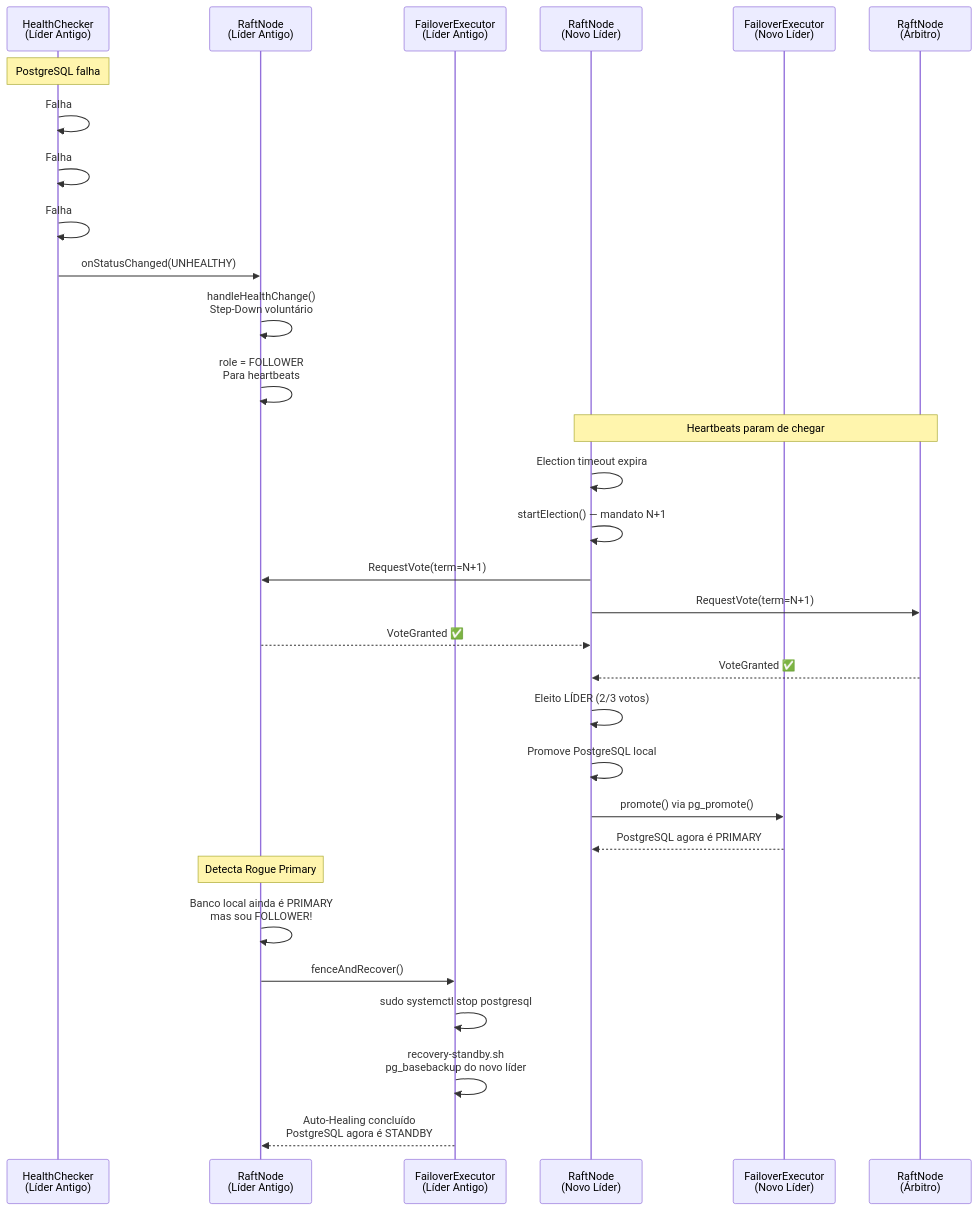
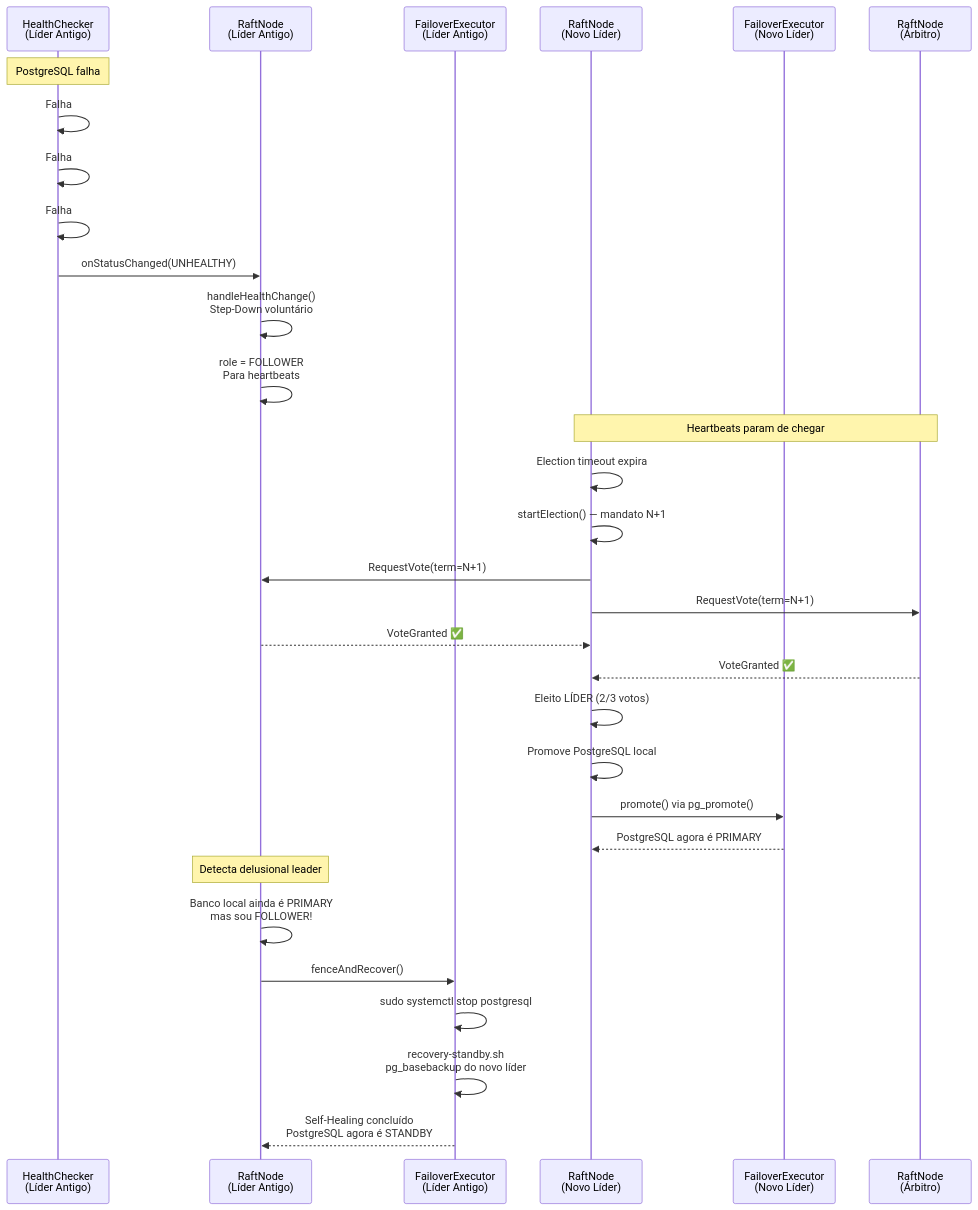
Before and after one commit to zero123gui/tcc: the second of 4 diagrams in docs/analise_completa_codebase.md, drawn with Mermaid. The commit also changed other lines of this file and 1 other file, not shown here.

Commit message:
docs: atualizar terminologia de Auto-Healing para Self-Healing na documentação

````diff
--- a/docs/analise_completa_codebase.md
+++ b/docs/analise_completa_codebase.md
@@ -227,38 +227,38 @@
 ```mermaid
 sequenceDiagram
     participant HC as HealthChecker<br/>(Líder Antigo)
     participant RN as RaftNode<br/>(Líder Antigo)
     participant FE_RN as FailoverExecutor<br/>(Líder Antigo)
     participant F1 as RaftNode<br/>(Novo Líder)
     participant FE_F1 as FailoverExecutor<br/>(Novo Líder)
     participant F2 as RaftNode<br/>(Árbitro)
     
     Note over HC: PostgreSQL falha
     HC->>HC: Falha #1 (3s)
     HC->>HC: Falha #2 (6s)
     HC->>HC: Falha #3 (9s) — UNHEALTHY!
     HC->>RN: onStatusChanged(UNHEALTHY)
     
     RN->>RN: handleHealthChange()<br/>Step-Down voluntário
     RN->>RN: role = FOLLOWER<br/>Para heartbeats
     
     Note over F1,F2: Heartbeats param de chegar
     F1->>F1: Election timeout expira
     F1->>F1: startElection() — mandato N+1
     F1->>RN: RequestVote(term=N+1)
     F1->>F2: RequestVote(term=N+1)
     RN-->>F1: VoteGranted ✅
     F2-->>F1: VoteGranted ✅
     
     F1->>F1: Eleito LÍDER (2/3 votos)
     F1->>F1: Promove PostgreSQL local
     F1->>FE_F1: promote() via pg_promote()
     FE_F1-->>F1: PostgreSQL agora é PRIMARY
     
-    Note over RN: Detecta Rogue Primary
+    Note over RN: Detecta delusional leader
     RN->>RN: Banco local ainda é PRIMARY<br/>mas sou FOLLOWER!
     RN->>FE_RN: fenceAndRecover()
     FE_RN->>FE_RN: sudo systemctl stop postgresql
     FE_RN->>FE_RN: recovery-standby.sh<br/>pg_basebackup do novo líder
-    FE_RN-->>RN: Auto-Healing concluído<br/>PostgreSQL agora é STANDBY
+    FE_RN-->>RN: Self-Healing concluído<br/>PostgreSQL agora é STANDBY
 ```
````
